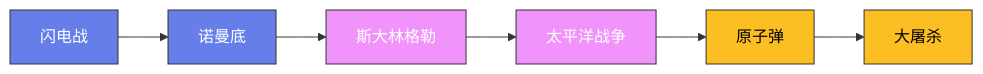
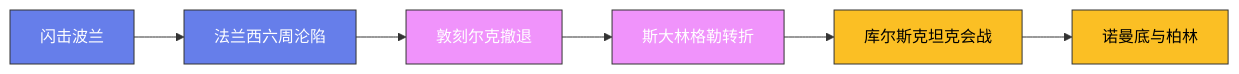
One commit to Fengur/Fengur.github.io changed the diagram in content/posts/ModelCreate/军事史/10-二战欧洲战场.md. Above: the diagram before and after it, drawn with Mermaid. The commit also changed other lines of this file and 118 other files, not shown here.

````diff
--- a/content/posts/ModelCreate/军事史/10-二战欧洲战场.md
+++ b/content/posts/ModelCreate/军事史/10-二战欧洲战场.md
@@ -39,16 +37,16 @@
 ```mermaid
 graph LR
-    A["闪电战"] --> B["诺曼底"]
-    B --> C["斯大林格勒"]
-    C --> D["太平洋战争"]
-    D --> E["原子弹"]
-    E --> F["大屠杀"]
+    A["闪击波兰"] --> B["法兰西六周沦陷"]
+    B --> C["敦刻尔克撤退"]
+    C --> D["斯大林格勒转折"]
+    D --> E["库尔斯克坦克会战"]
+    E --> F["诺曼底与柏林"]
 
     classDef early fill:#667eea,stroke:#333,color:white
     classDef mid fill:#f093fb,stroke:#333,color:white
     classDef modern fill:#fbbf24,stroke:#333,color:black
 
     class A,B early
     class C,D mid
     class E,F modern
 ```
````
